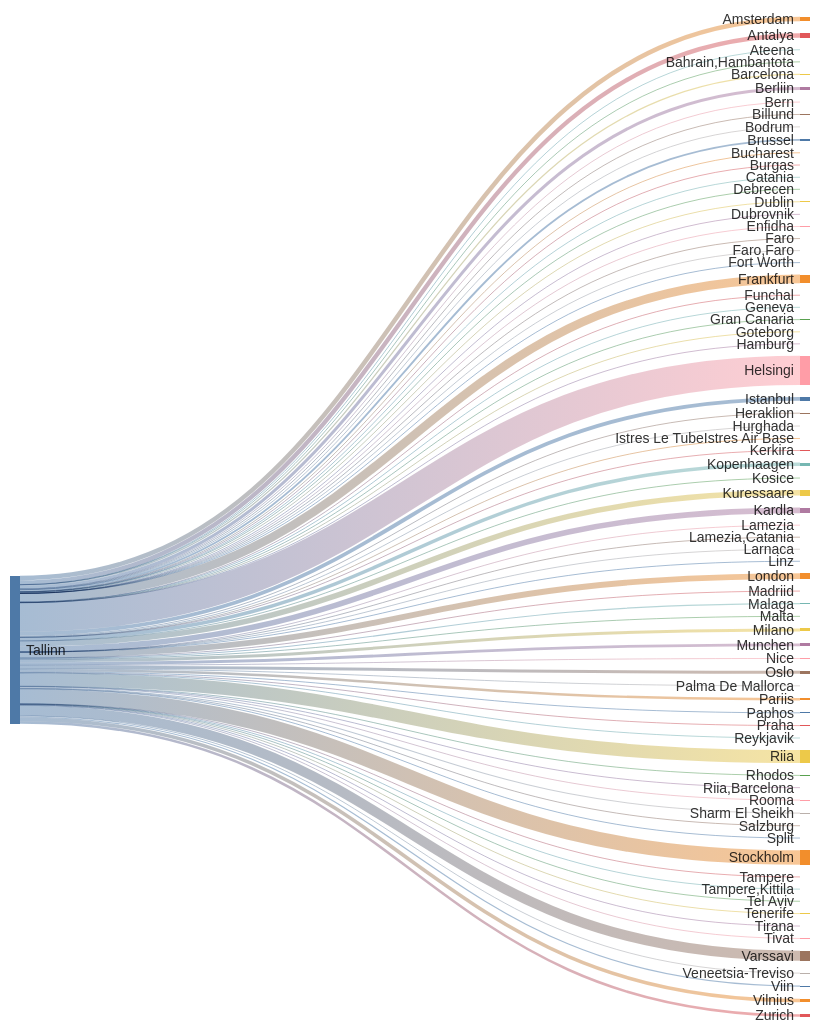
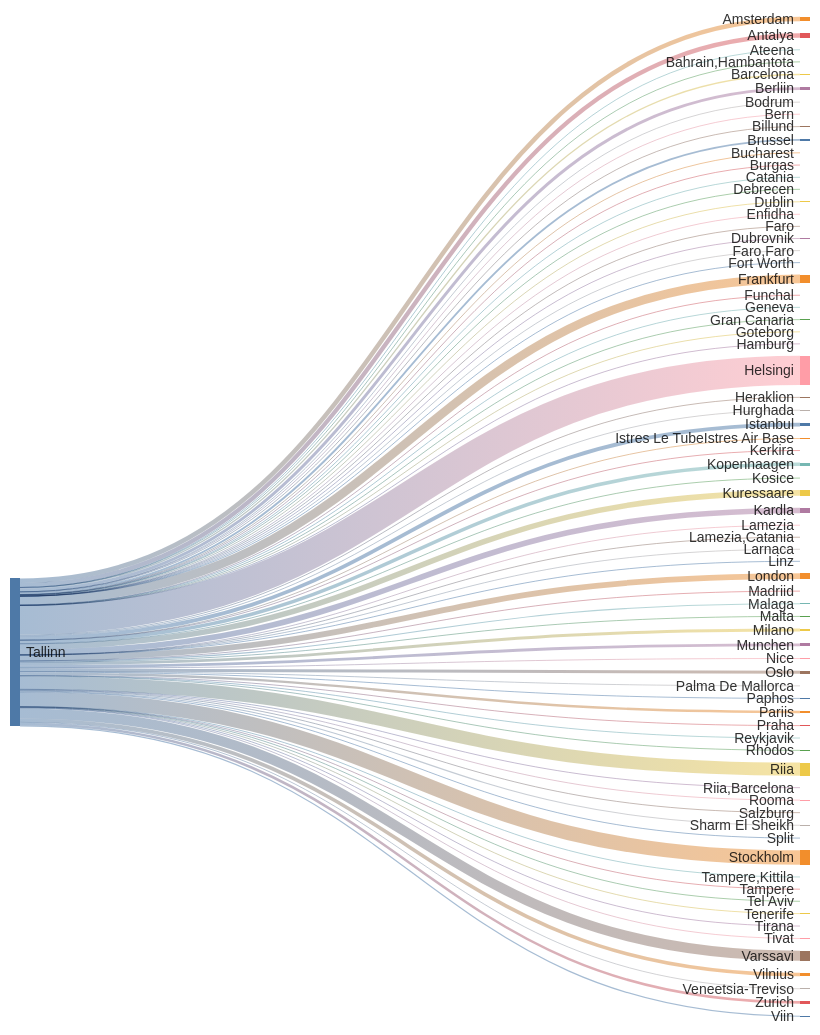
Before and after one commit to rainermesi/tll-airport-departures: the second of 2 diagrams in README.md, drawn with Mermaid. The commit also changed other lines of this file and 1 other file, not shown here.

````diff
--- a/README.md
+++ b/README.md
@@ -41,16 +41,16 @@
 ---
 sankey-beta
 %% source,target,value
-Tallinn,Amsterdam,401
-Tallinn,Antalya,379
+Tallinn,Amsterdam,403
+Tallinn,Antalya,381
 Tallinn,Ateena,16
 Tallinn,"Bahrain,Hambantota",1
-Tallinn,Barcelona,111
+Tallinn,Barcelona,113
 Tallinn,Berliin,260
 Tallinn,Bern,1
-Tallinn,Billund,65
+Tallinn,Billund,66
 Tallinn,Bodrum,11
-Tallinn,Brussel,164
+Tallinn,Brussel,165
 Tallinn,Bucharest,1
 Tallinn,Burgas,41
 Tallinn,Catania,2
@@ -61,29 +61,29 @@
 Tallinn,Faro,4
 Tallinn,"Faro,Faro",1
 Tallinn,Fort Worth,1
-Tallinn,Frankfurt,758
+Tallinn,Frankfurt,761
 Tallinn,Funchal,5
 Tallinn,Geneva,13
 Tallinn,Gran Canaria,38
 Tallinn,Goteborg,1
 Tallinn,Hamburg,2
-Tallinn,Helsingi,2569
-Tallinn,Heraklion,76
+Tallinn,Helsingi,2580
+Tallinn,Heraklion,77
 Tallinn,Hurghada,75
-Tallinn,Istanbul,339
+Tallinn,Istanbul,340
 Tallinn,Istres Le TubeIstres Air Base,2
 Tallinn,Kerkira,4
-Tallinn,Kopenhaagen,312
+Tallinn,Kopenhaagen,313
 Tallinn,Kosice,1
-Tallinn,Kuressaare,491
-Tallinn,Kardla,491
+Tallinn,Kuressaare,493
+Tallinn,Kardla,493
 Tallinn,Lamezia,1
 Tallinn,"Lamezia,Catania",3
 Tallinn,Larnaca,4
 Tallinn,Linz,2
-Tallinn,London,513
+Tallinn,London,515
 Tallinn,Madriid,1
-Tallinn,Malaga,101
+Tallinn,Malaga,102
 Tallinn,Malta,23
 Tallinn,Milano,260
 Tallinn,Munchen,249
@@ -92,27 +92,27 @@
 Tallinn,Palma De Mallorca,27
 Tallinn,Paphos,66
 Tallinn,Pariis,217
-Tallinn,Praha,68
+Tallinn,Praha,69
 Tallinn,Reykjavik,8
 Tallinn,Rhodos,48
-Tallinn,Riia,1154
+Tallinn,Riia,1159
 Tallinn,"Riia,Barcelona",1
 Tallinn,Rooma,80
 Tallinn,Salzburg,14
-Tallinn,Sharm El Sheikh,97
+Tallinn,Sharm El Sheikh,98
 Tallinn,Split,41
-Tallinn,Stockholm,1285
+Tallinn,Stockholm,1289
 Tallinn,Tampere,17
 Tallinn,"Tampere,Kittila",21
 Tallinn,Tel Aviv,1
 Tallinn,Tenerife,58
 Tallinn,Tirana,22
 Tallinn,Tivat,49
-Tallinn,Varssavi,887
+Tallinn,Varssavi,890
 Tallinn,Veneetsia-Treviso,67
 Tallinn,Viin,106
-Tallinn,Vilnius,318
-Tallinn,Zurich,222
+Tallinn,Vilnius,319
+Tallinn,Zurich,223
 
 
 ```
````
